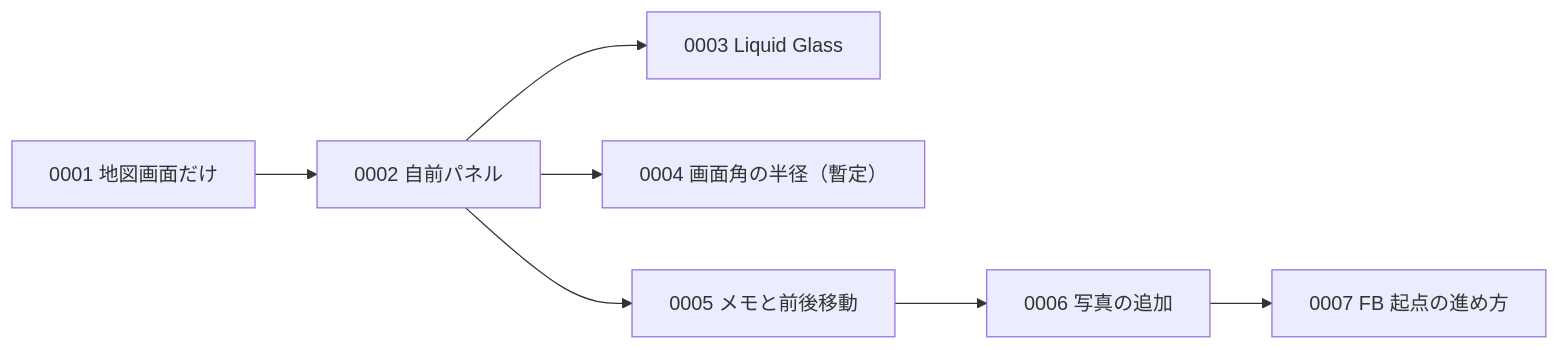
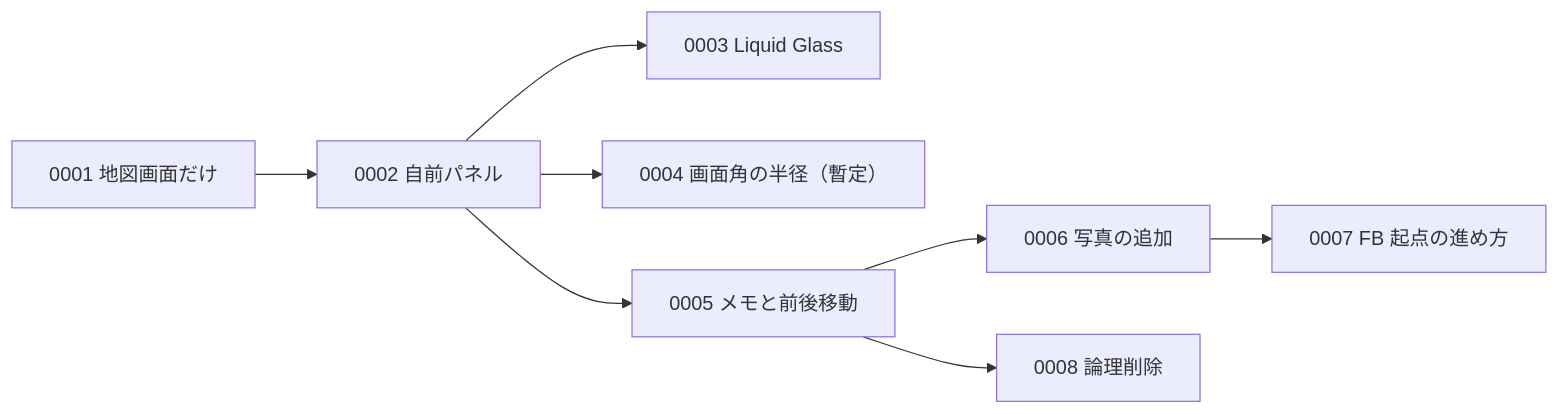
One commit to akidon0000/tabi-memo changed the diagram in docs/adr/README.md. Above: the diagram before and after it, drawn with Mermaid. The commit also changed other lines of this file and 11 other files, not shown here.

````diff
--- a/docs/adr/README.md
+++ b/docs/adr/README.md
@@ -38,9 +39,10 @@
 ```mermaid
 flowchart LR
     0001["0001 地図画面だけ"] --> 0002["0002 自前パネル"]
     0002 --> 0003["0003 Liquid Glass"]
     0002 --> 0004["0004 画面角の半径（暫定）"]
     0002 --> 0005["0005 メモと前後移動"]
     0005 --> 0006["0006 写真の追加"]
     0006 --> 0007["0007 FB 起点の進め方"]
+    0005 --> 0008["0008 論理削除"]
 ```
````
